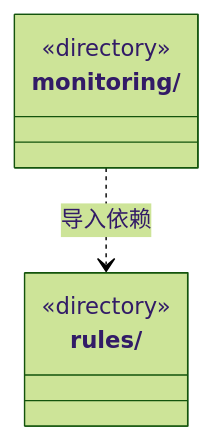
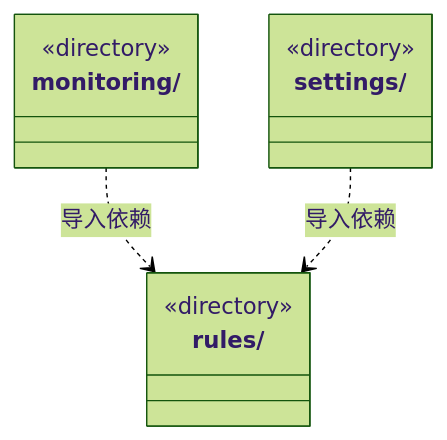
The diagram in src/logic/runtime/ARCHITECTURE.md (nan023062/cbim), drawn with Mermaid (forest theme) before and after one commit. The commit also changed other lines of this file and 657 other files, not shown here.

````diff
--- a/src/logic/runtime/ARCHITECTURE.md
+++ b/src/logic/runtime/ARCHITECTURE.md
@@ -15,10 +15,14 @@
 ```mermaid
 classDiagram
 class N_src_logic_runtime_monitoring["monitoring/"] {
   <<directory>>
 }
 class N_src_logic_runtime_rules["rules/"] {
   <<directory>>
 }
+class N_src_logic_runtime_settings["settings/"] {
+  <<directory>>
+}
 N_src_logic_runtime_monitoring ..> N_src_logic_runtime_rules : 导入依赖
+N_src_logic_runtime_settings ..> N_src_logic_runtime_rules : 导入依赖
 ```
````
